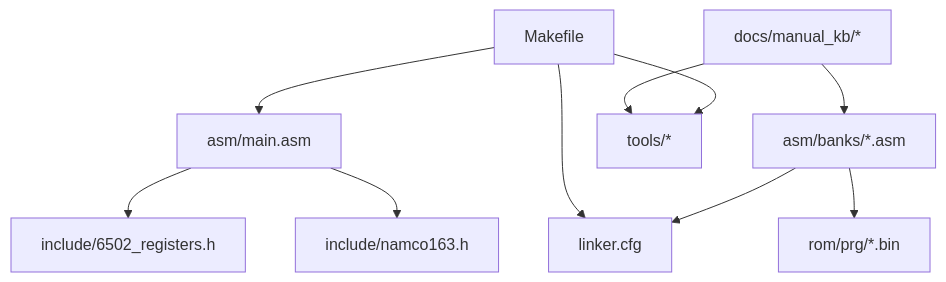
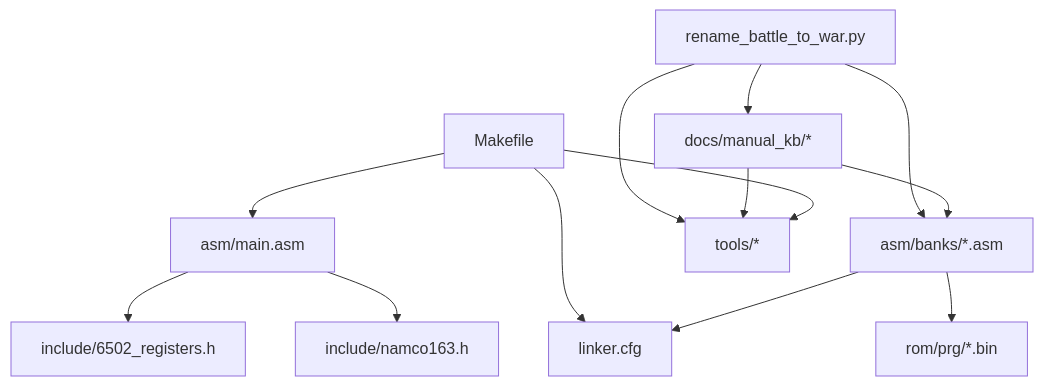
The tenth of 10 diagrams in .qoder/repowiki/en/content/Project Overview/Project Overview.md (rabbyzero/sango2dasm), drawn with Mermaid before and after one commit. The commit also changed other lines of this file and 11 other files, not shown here.

````diff
--- a/.qoder/repowiki/en/content/Project Overview/Project Overview.md
+++ b/.qoder/repowiki/en/content/Project Overview/Project Overview.md
@@ -428,21 +452,25 @@
 ```mermaid
 graph TB
 MAIN["asm/main.asm"]
 REG["include/6502_registers.h"]
 MAP["include/namco163.h"]
 LCFG["linker.cfg"]
 STUBS["asm/banks/*.asm"]
 ROM["rom/prg/*.bin"]
 MK["Makefile"]
 TOOLS["tools/*"]
 KB["docs/manual_kb/*"]
+RENAME["rename_battle_to_war.py"]
 MAIN --> REG
 MAIN --> MAP
 STUBS --> ROM
 STUBS --> LCFG
 MK --> MAIN
 MK --> LCFG
 MK --> TOOLS
 KB --> STUBS
 KB --> TOOLS
+RENAME --> STUBS
+RENAME --> TOOLS
+RENAME --> KB
 ```
````
